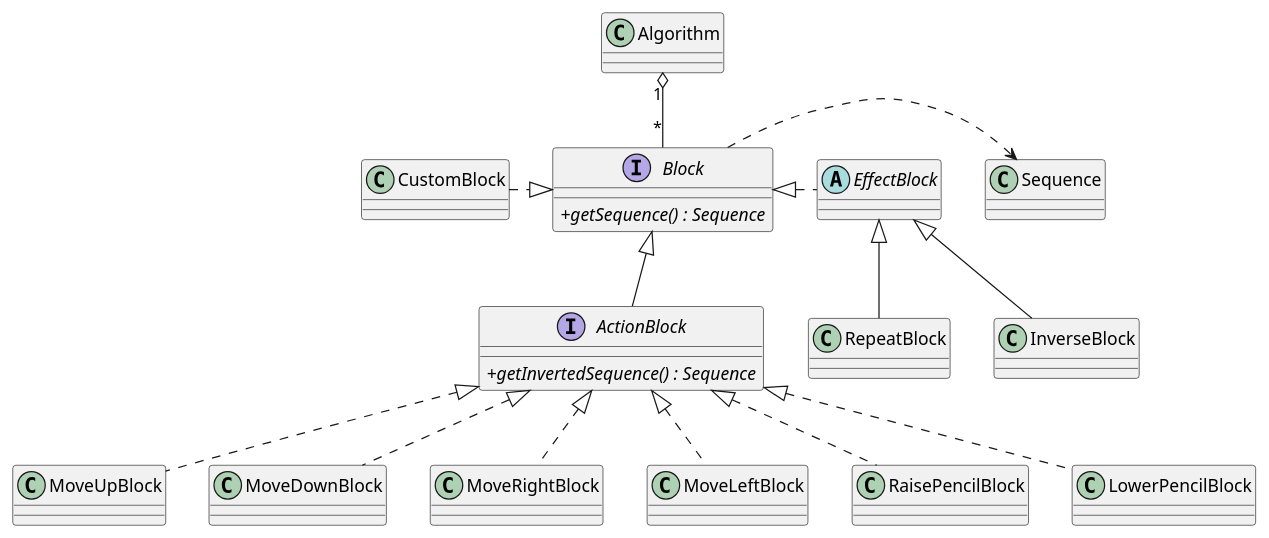
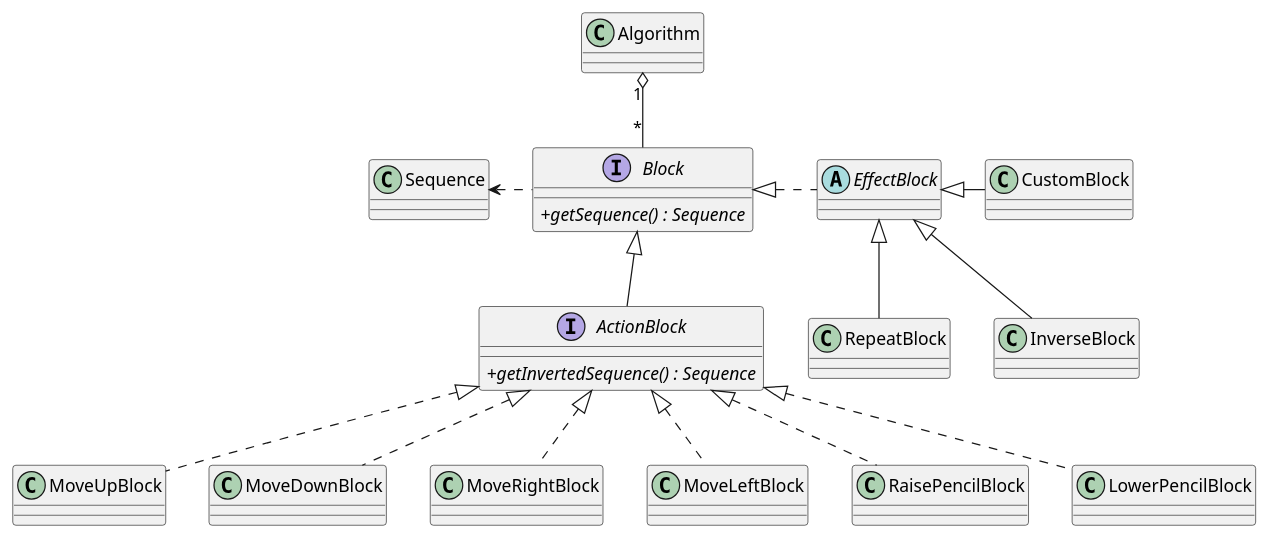
One commit to mati1297/tp2_algoblocks changed the diagram in docs/diagrams/class/class-block-side.plantuml. Above: the diagram before and after it, drawn with PlantUML.

Commit message:
Changed custom block dependecy.

```diff
--- a/docs/diagrams/class/class-block-side.plantuml
+++ b/docs/diagrams/class/class-block-side.plantuml
@@ -1,72 +1,72 @@
 @startuml
 skinparam classAttributeIconSize 0
 
 interface Block {
     {abstract}+ getSequence() : Sequence
 }
 
 interface ActionBlock {
     {abstract}+ getInvertedSequence() : Sequence
 }
 
 abstract class EffectBlock {
 
 }
 
 class MoveUpBlock {
 
 }
 
 class MoveDownBlock {
 
 }
 
 class MoveRightBlock {
 
 }
 
 class MoveLeftBlock {
 
 }
 
 class RaisePencilBlock {
 
 }
 
 class LowerPencilBlock {
 
 }
 
 class RepeatBlock {
 
 }
 
 class InverseBlock {
 
 }
 
 class CustomBlock {
 
 }
 
 Algorithm "1" o-- "*" Block
 
-Sequence <..left Block
+Sequence <..right Block
 Block <|..right EffectBlock
 
 Block <|--down ActionBlock
-Block <|..left CustomBlock
+EffectBlock <|--right CustomBlock
 
 EffectBlock <|-- RepeatBlock
 EffectBlock <|-- InverseBlock
 
 ActionBlock <|.. MoveUpBlock
 ActionBlock <|.. MoveDownBlock
 ActionBlock <|.. MoveRightBlock
 ActionBlock <|.. MoveLeftBlock
 ActionBlock <|.. LowerPencilBlock
 ActionBlock <|.. RaisePencilBlock
 
 
 
 @enduml
```
